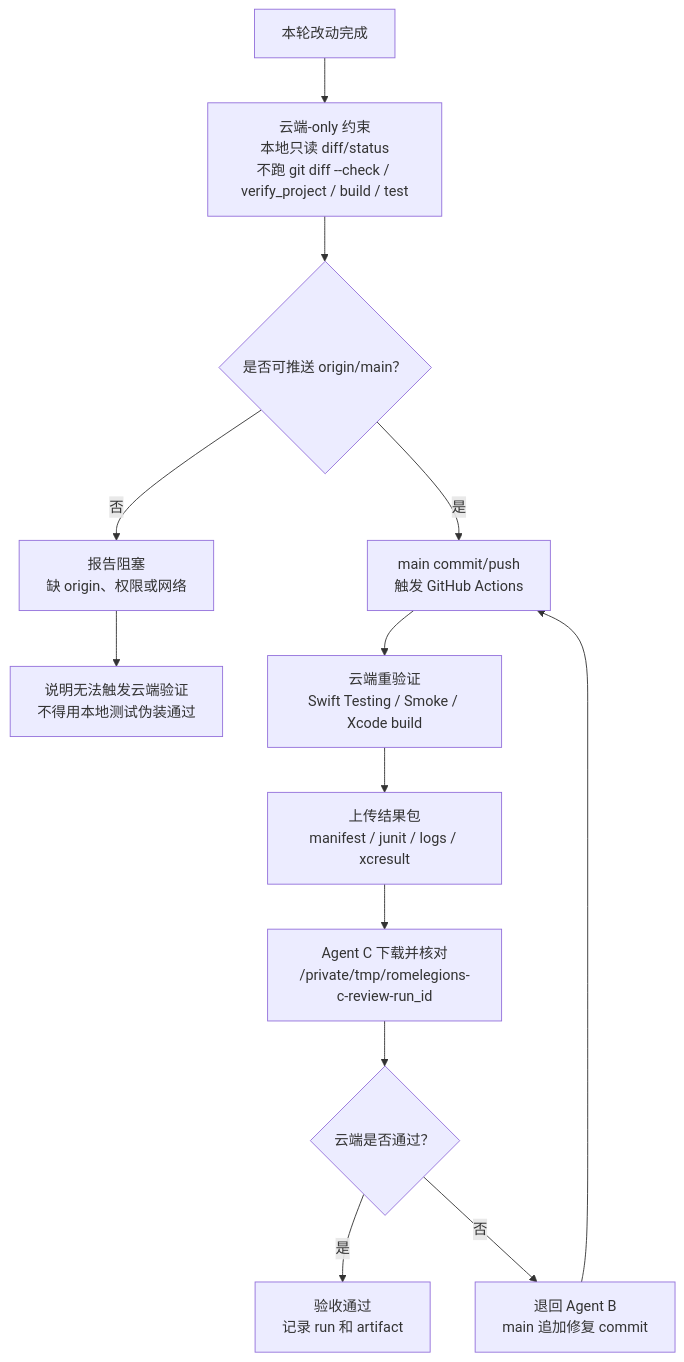
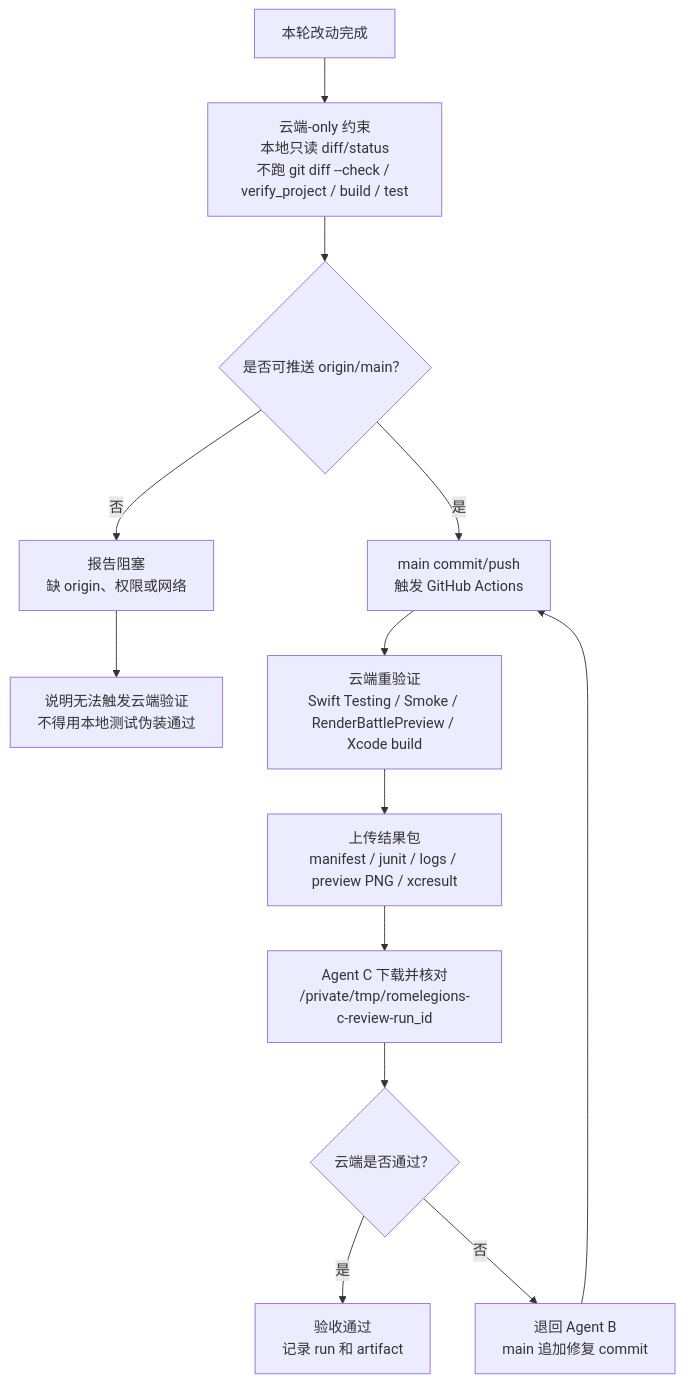
Before and after one commit to Altman-sam114/119: the seventh of 7 diagrams in md/flow/flowchart.md, drawn with Mermaid. The commit also changed other lines of this file and 14 other files, not shown here.

Commit message:
v0.18: 增加地图控制与威胁热区读板

````diff
--- a/md/flow/flowchart.md
+++ b/md/flow/flowchart.md
@@ -163,15 +167,15 @@
 ```mermaid
 flowchart TD
     A["本轮改动完成"] --> B["云端-only 约束<br/>本地只读 diff/status<br/>不跑 git diff --check / verify_project / build / test"]
     B --> F{"是否可推送 origin/main？"}
     F -->|否| G["报告阻塞<br/>缺 origin、权限或网络"]
     F -->|是| H["main commit/push<br/>触发 GitHub Actions"]
-    H --> I["云端重验证<br/>Swift Testing / Smoke / Xcode build"]
-    I --> J["上传结果包<br/>manifest / junit / logs / xcresult"]
+    H --> I["云端重验证<br/>Swift Testing / Smoke / RenderBattlePreview / Xcode build"]
+    I --> J["上传结果包<br/>manifest / junit / logs / preview PNG / xcresult"]
     J --> K["Agent C 下载并核对<br/>/private/tmp/romelegions-c-review-run_id"]
     K --> L{"云端是否通过？"}
     L -->|是| M["验收通过<br/>记录 run 和 artifact"]
     L -->|否| N["退回 Agent B<br/>main 追加修复 commit"]
     N --> H
     G --> Q["说明无法触发云端验证<br/>不得用本地测试伪装通过"]
 ```
````
